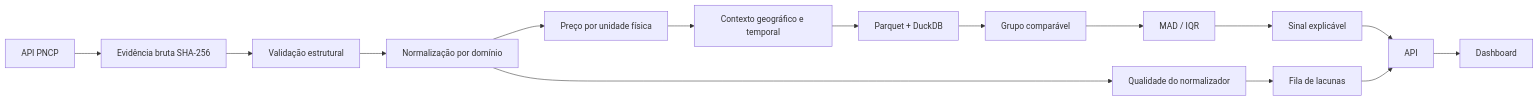
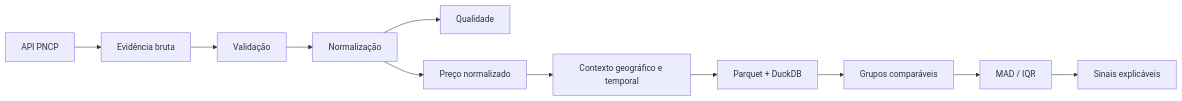
Before and after one commit to peedrovinicius/atlas-compras-publicas: the diagram in README.md, drawn with Mermaid. The commit also changed other lines of this file, not shown here.

```diff
--- a/README.md
+++ b/README.md
@@ -60,17 +23,13 @@
 ~~~mermaid
 flowchart LR
-    A[API PNCP] --> B[Evidência bruta SHA-256]
-    B --> C[Validação estrutural]
-    C --> D[Normalização por domínio]
-    D --> E[Qualidade do normalizador]
-    D --> F[Preço por unidade física]
+    A[API PNCP] --> B[Evidência bruta]
+    B --> C[Validação]
+    C --> D[Normalização]
+    D --> E[Qualidade]
+    D --> F[Preço normalizado]
     F --> G[Contexto geográfico e temporal]
     G --> H[Parquet + DuckDB]
-    H --> I[Grupo comparável]
+    H --> I[Grupos comparáveis]
     I --> J[MAD / IQR]
-    J --> K[Sinal explicável]
-    E --> L[Fila de lacunas]
-    K --> M[API]
-    L --> M
-    M --> N[Dashboard]
+    J --> K[Sinais explicáveis]
 ~~~
```
